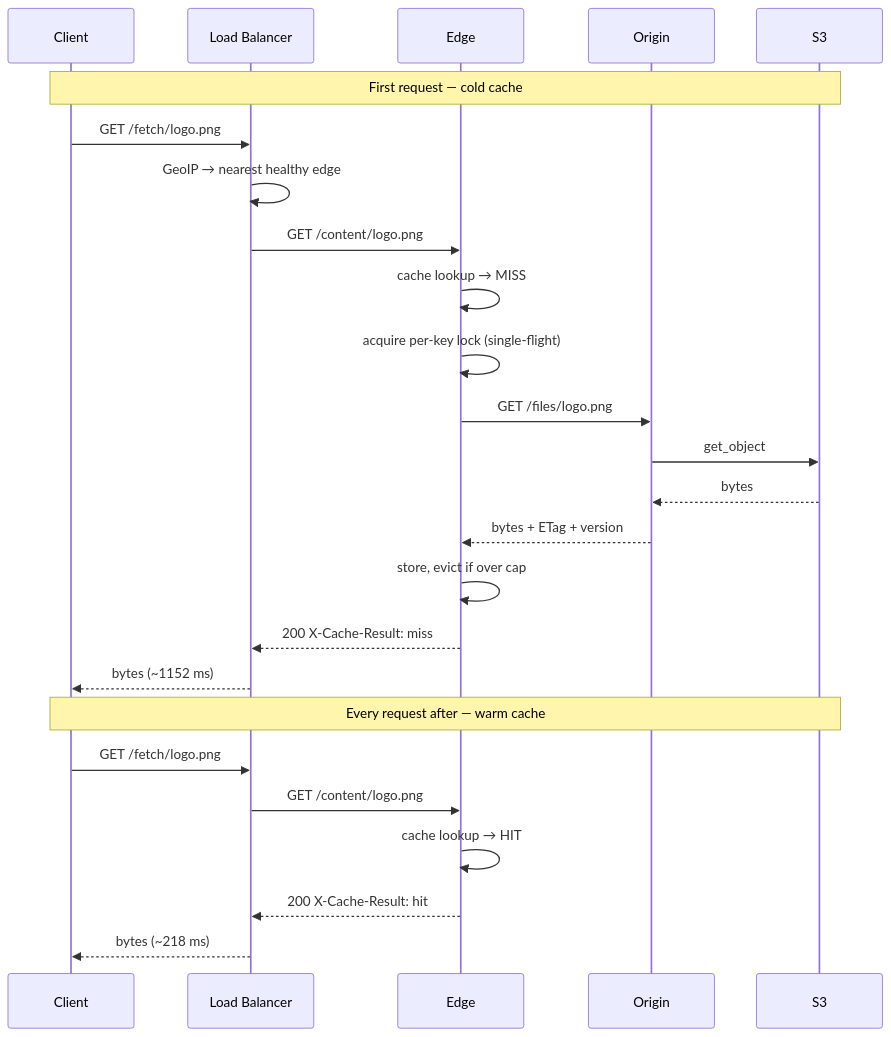
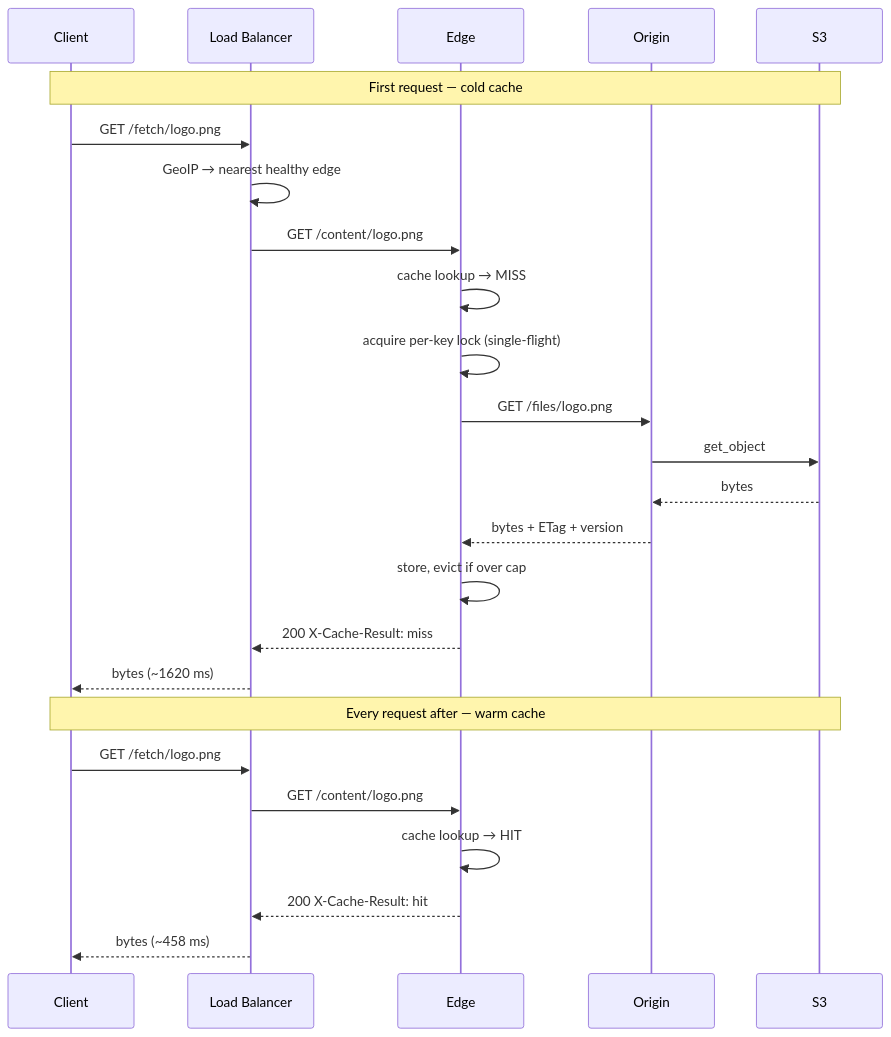
One commit to aryan-2255/Velocity_CDN changed the second of 3 diagrams in README.md. Above: the diagram before and after it, drawn with Mermaid. The commit also changed other lines of this file and 7 other files, not shown here.

````diff
--- a/README.md
+++ b/README.md
@@ -99,29 +105,29 @@
 ```mermaid
 sequenceDiagram
     participant C as Client
     participant LB as Load Balancer
     participant E as Edge
     participant O as Origin
     participant S as S3
 
     Note over C,S: First request — cold cache
     C->>LB: GET /fetch/logo.png
     LB->>LB: GeoIP → nearest healthy edge
     LB->>E: GET /content/logo.png
     E->>E: cache lookup → MISS
     E->>E: acquire per-key lock (single-flight)
     E->>O: GET /files/logo.png
     O->>S: get_object
     S-->>O: bytes
     O-->>E: bytes + ETag + version
     E->>E: store, evict if over cap
     E-->>LB: 200 X-Cache-Result: miss
-    LB-->>C: bytes (~1152 ms)
+    LB-->>C: bytes (~1620 ms)
 
     Note over C,S: Every request after — warm cache
     C->>LB: GET /fetch/logo.png
     LB->>E: GET /content/logo.png
     E->>E: cache lookup → HIT
     E-->>LB: 200 X-Cache-Result: hit
-    LB-->>C: bytes (~218 ms)
+    LB-->>C: bytes (~458 ms)
 ```
````
